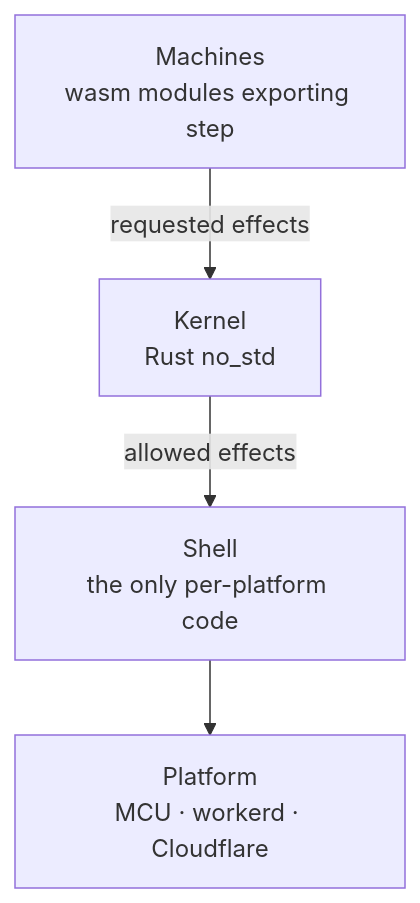
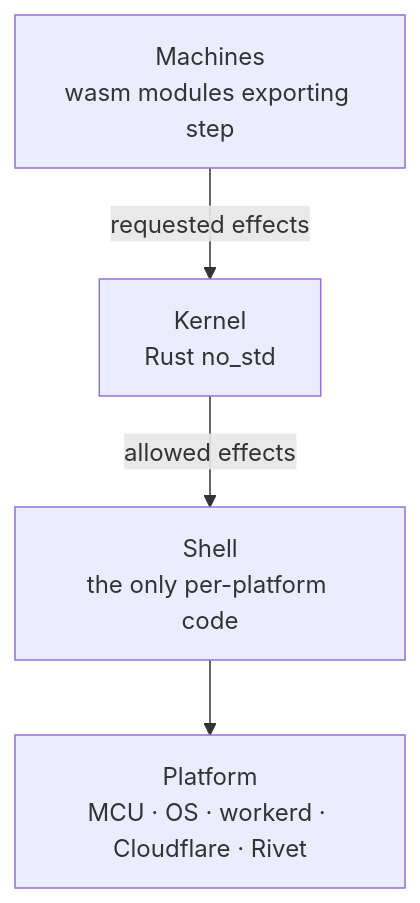
One commit to StevenJPx2/workhorse changed the first of 4 diagrams in docs/uniform-stack.md. Above: the diagram before and after it, drawn with Mermaid. The commit also changed other lines of this file and 64 other files, not shown here.

````diff
--- a/docs/uniform-stack.md
+++ b/docs/uniform-stack.md
@@ -25,6 +25,6 @@
 ```mermaid
 flowchart TB
     M["Machines<br/>wasm modules exporting step"] -->|"requested effects"| K["Kernel<br/>Rust no_std"]
     K -->|"allowed effects"| S["Shell<br/>the only per-platform code"]
-    S --> P["Platform<br/>MCU · workerd · Cloudflare"]
+    S --> P["Platform<br/>MCU · OS · workerd · Cloudflare · Rivet"]
 ```
````
